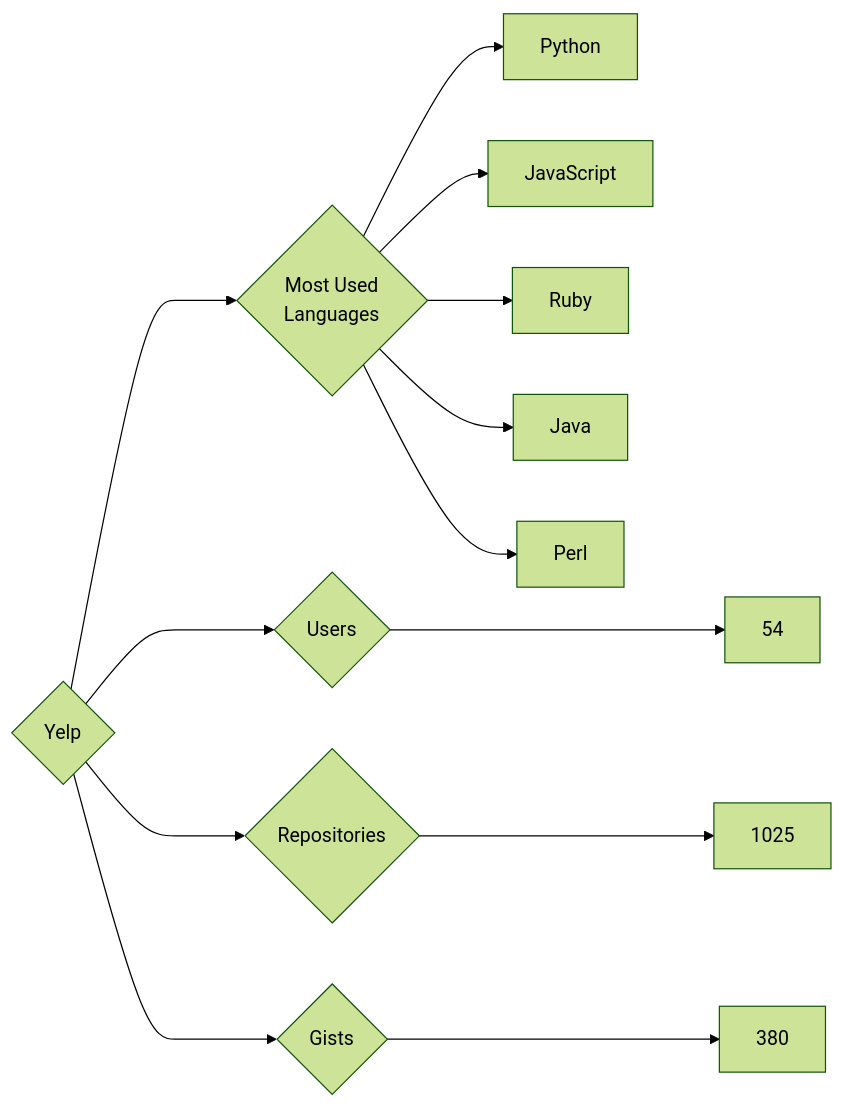
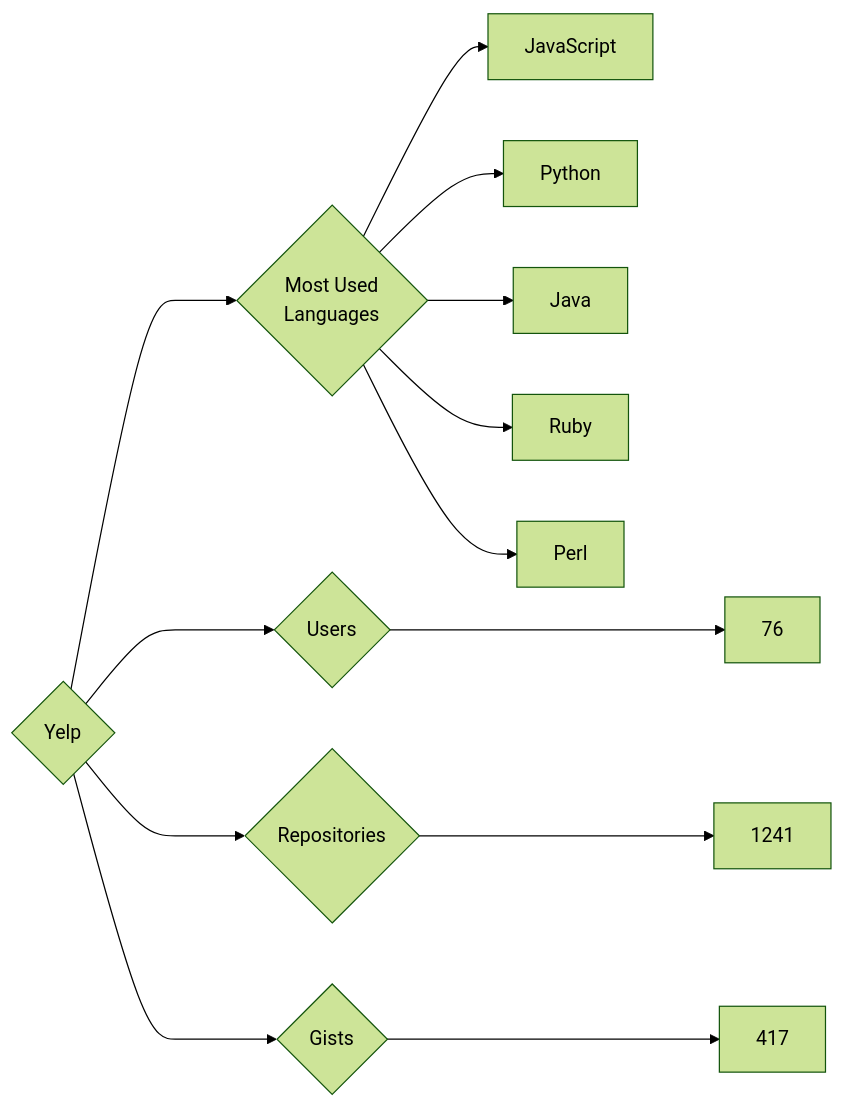
The diagram in targets/Yelp/README.md (trickest/insiders), drawn with Mermaid (forest theme) before and after one commit. The commit also changed 964 other files, not shown here.

````diff
--- a/targets/Yelp/README.md
+++ b/targets/Yelp/README.md
@@ -3,13 +3,13 @@
 ```mermaid
 graph LR
 COMPANY_NAME{Yelp}
-COMPANY_NAME ---> U{Users} ---> UN[54]
-COMPANY_NAME ---> R{Repositories} ---> RN[1025]
-COMPANY_NAME ---> G{Gists} ---> GN[380]
+COMPANY_NAME ---> U{Users} ---> UN[76]
+COMPANY_NAME ---> R{Repositories} ---> RN[1241]
+COMPANY_NAME ---> G{Gists} ---> GN[417]
 COMPANY_NAME ---> ML{Most Used<br>Languages}
+ML --> JavaScript[JavaScript]
 ML --> Python[Python]
-ML --> JavaScript[JavaScript]
+ML --> Java[Java]
 ML --> Ruby[Ruby]
-ML --> Java[Java]
 ML --> Perl[Perl]
 ```
````
